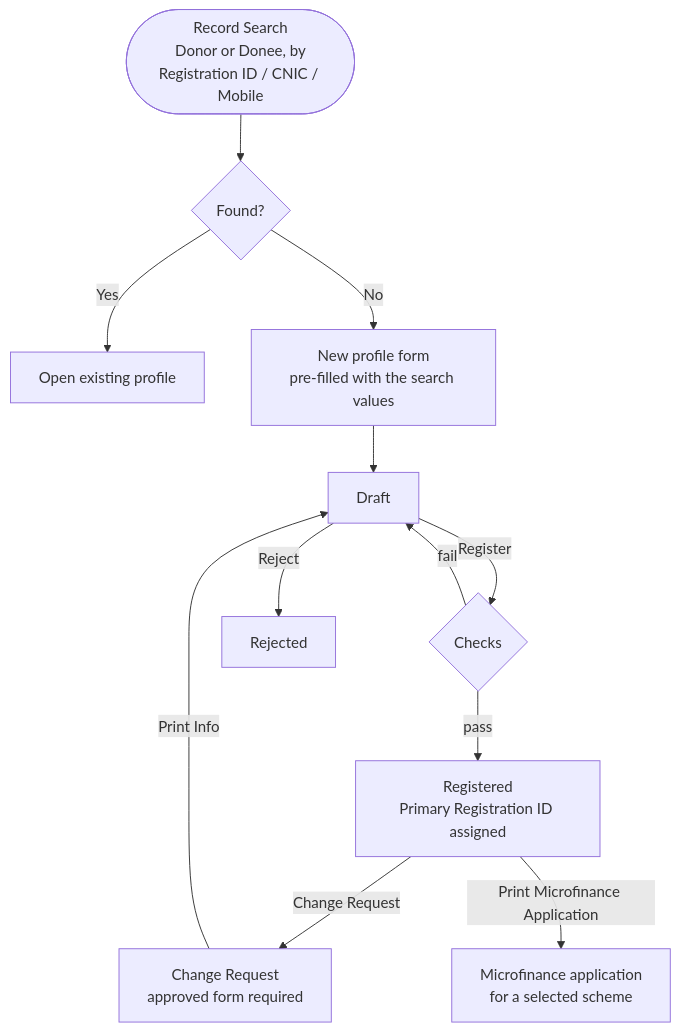
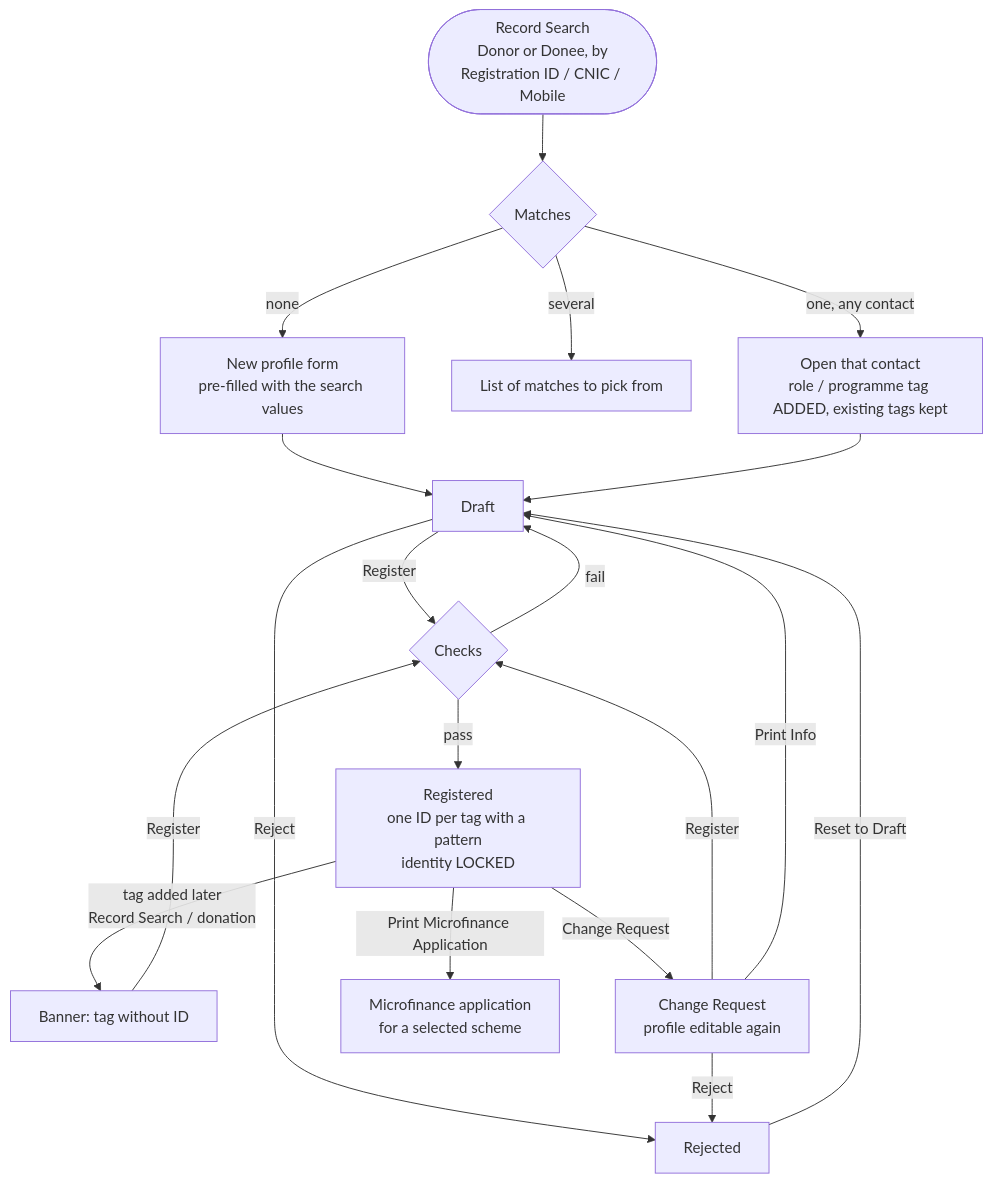
Before and after one commit to Saylani-Welfare-Trust/swit-odoo: the diagram in custom-addons/bn_profile_management/README.md, drawn with Mermaid. The commit also changed other lines of this file and 25 other files, not shown here.

````diff
--- a/custom-addons/bn_profile_management/README.md
+++ b/custom-addons/bn_profile_management/README.md
@@ -27,14 +28,21 @@
 ```mermaid
 flowchart TD
-    A([Record Search<br/>Donor or Donee, by<br/>Registration ID / CNIC / Mobile]) --> B{Found?}
-    B -->|Yes| F[Open existing profile]
-    B -->|No| N[New profile form<br/>pre-filled with the search values]
+    A([Record Search<br/>Donor or Donee, by<br/>Registration ID / CNIC / Mobile]) --> B{Matches}
+    B -->|one, any contact| F[Open that contact<br/>role / programme tag ADDED, existing tags kept]
+    B -->|several| L[List of matches to pick from]
+    B -->|none| N[New profile form<br/>pre-filled with the search values]
     N --> D[Draft]
+    F --> D
     D -->|Register| V{Checks}
     V -->|fail| D
-    V -->|pass| R[Registered<br/>Primary Registration ID assigned]
-    R -->|Change Request| CR[Change Request<br/>approved form required]
+    V -->|pass| R[Registered<br/>one ID per tag with a pattern<br/>identity LOCKED]
+    R -->|tag added later<br/>Record Search / donation| NT[Banner: tag without ID]
+    NT -->|Register| V
+    R -->|Change Request| CR[Change Request<br/>profile editable again]
+    CR -->|Register| V
     CR -->|Print Info| D
     D -->|Reject| RJ[Rejected]
+    CR -->|Reject| RJ
+    RJ -->|Reset to Draft| D
     R -->|Print Microfinance Application| MF[Microfinance application<br/>for a selected scheme]
 ```
````
